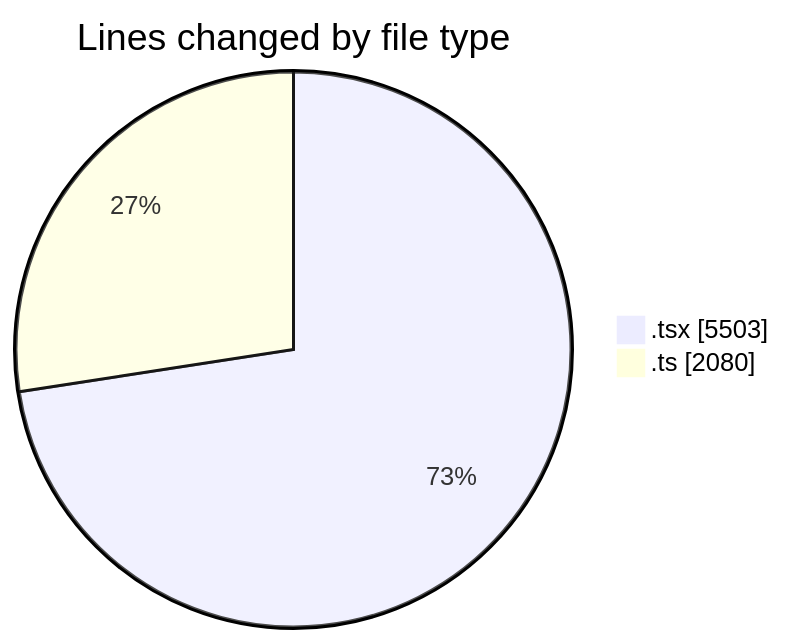
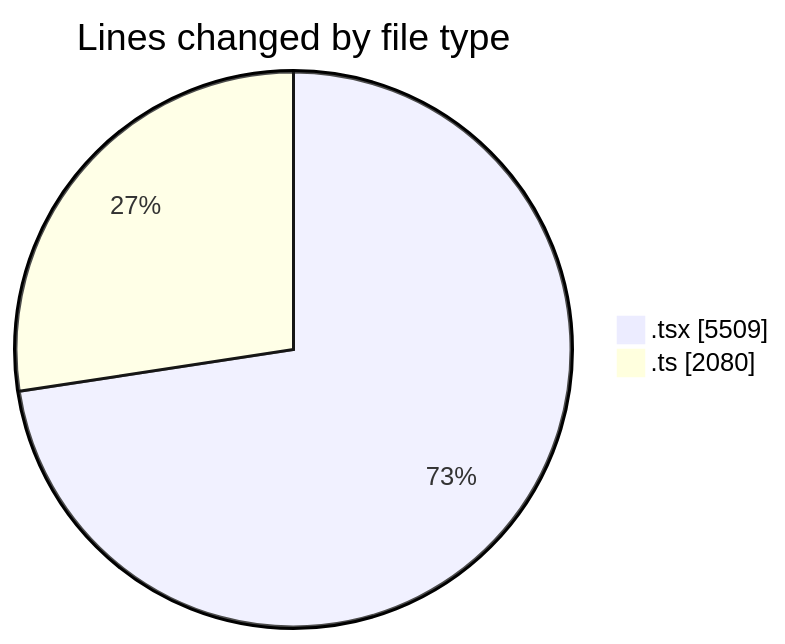
One commit to nxtqubesakshisongat/code-tracking changed the first of 2 diagrams in 2026-02-13/nxtqube_webapp/README.md. Above: the diagram before and after it, drawn with Mermaid. The commit also changed other lines of this file and 1 other file, not shown here.

````diff
--- a/2026-02-13/nxtqube_webapp/README.md
+++ b/2026-02-13/nxtqube_webapp/README.md
@@ -29,6 +29,6 @@
 ```mermaid
 pie showData
 title Lines changed by file type
-".tsx" : 5503
+".tsx" : 5509
 ".ts" : 2080
 ```
````
